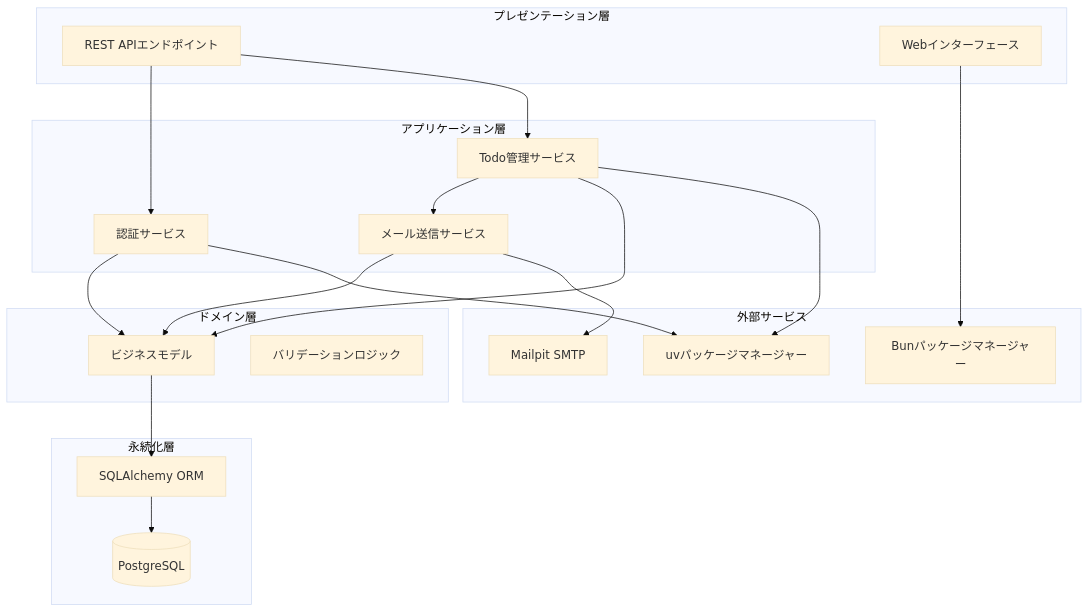
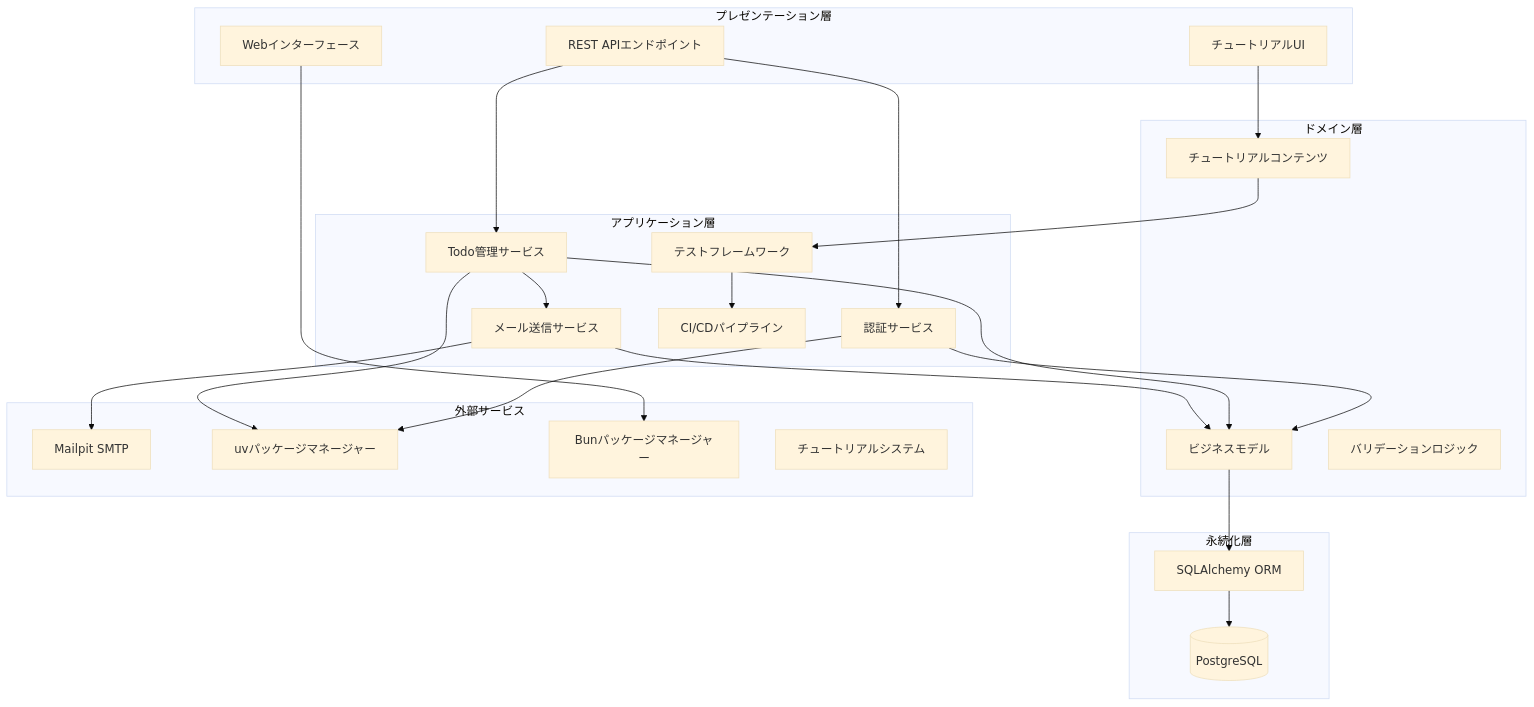
Before and after one commit to ss8806/Todos: the second of 7 diagrams in .qoder/repowiki/ja/content/開発ワークフロー/開発ワークフロー.md, drawn with Mermaid (base theme). The commit also changed other lines of this file and 35 other files, not shown here.

````diff
--- a/.qoder/repowiki/ja/content/開発ワークフロー/開発ワークフロー.md
+++ b/.qoder/repowiki/ja/content/開発ワークフロー/開発ワークフロー.md
@@ -130,37 +175,45 @@
 ```mermaid
 graph TB
 subgraph "プレゼンテーション層"
 API[REST APIエンドポイント]
 WEB[Webインターフェース]
+TUTORIAL[チュートリアルUI]
 end
 subgraph "アプリケーション層"
 AUTH[認証サービス]
 TODO[Todo管理サービス]
 MAIL[メール送信サービス]
+TEST[テストフレームワーク]
+CICD[CI/CDパイプライン]
 end
 subgraph "ドメイン層"
 MODEL[ビジネスモデル]
 VALID[バリデーションロジック]
+TUTORIALCONTENT[チュートリアルコンテンツ]
 end
 subgraph "永続化層"
 ORM[SQLAlchemy ORM]
 DB[(PostgreSQL)]
 end
 subgraph "外部サービス"
 MP[Mailpit SMTP]
 UV[uvパッケージマネージャー]
 BUN[Bunパッケージマネージャー]
+TUTORIALSYSTEM[チュートリアルシステム]
 end
 API --> AUTH
 API --> TODO
 TODO --> MAIL
 AUTH --> MODEL
 TODO --> MODEL
 MAIL --> MODEL
 MODEL --> ORM
 ORM --> DB
 AUTH --> UV
 TODO --> UV
 WEB --> BUN
 MAIL --> MP
+TUTORIAL --> TUTORIALCONTENT
+TUTORIALCONTENT --> TEST
+TEST --> CICD
 ```
````
